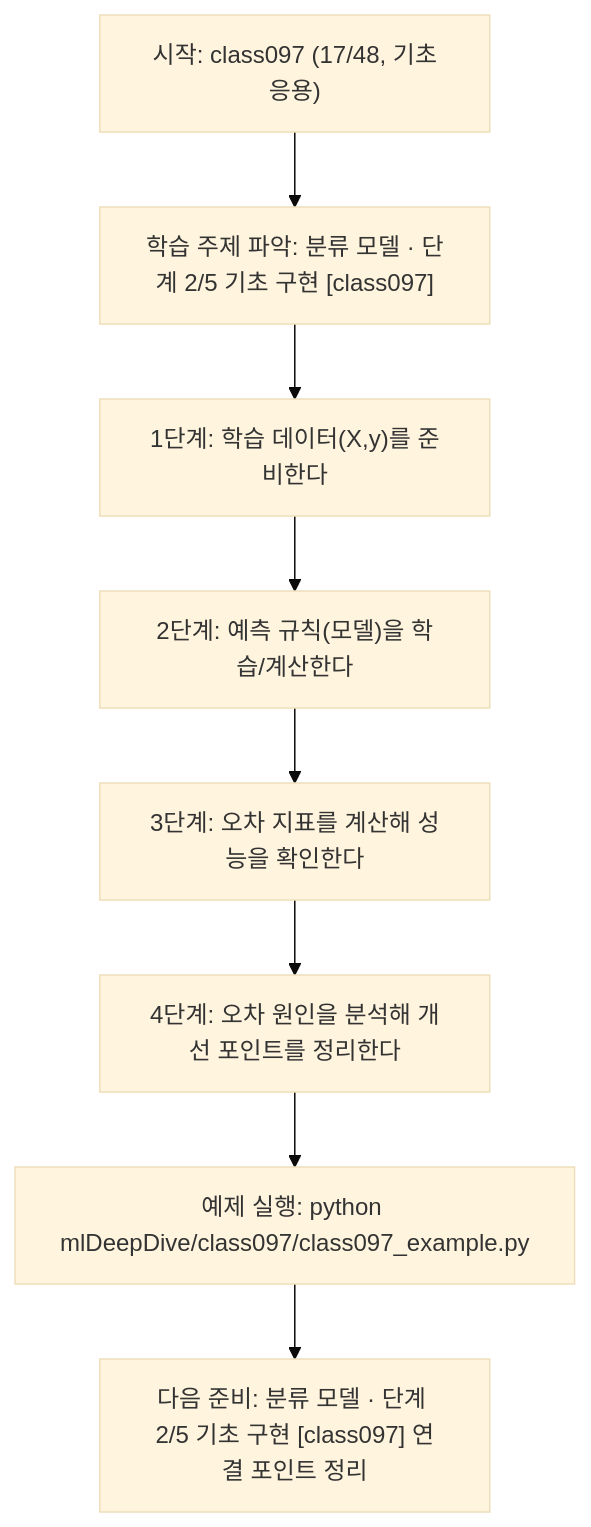
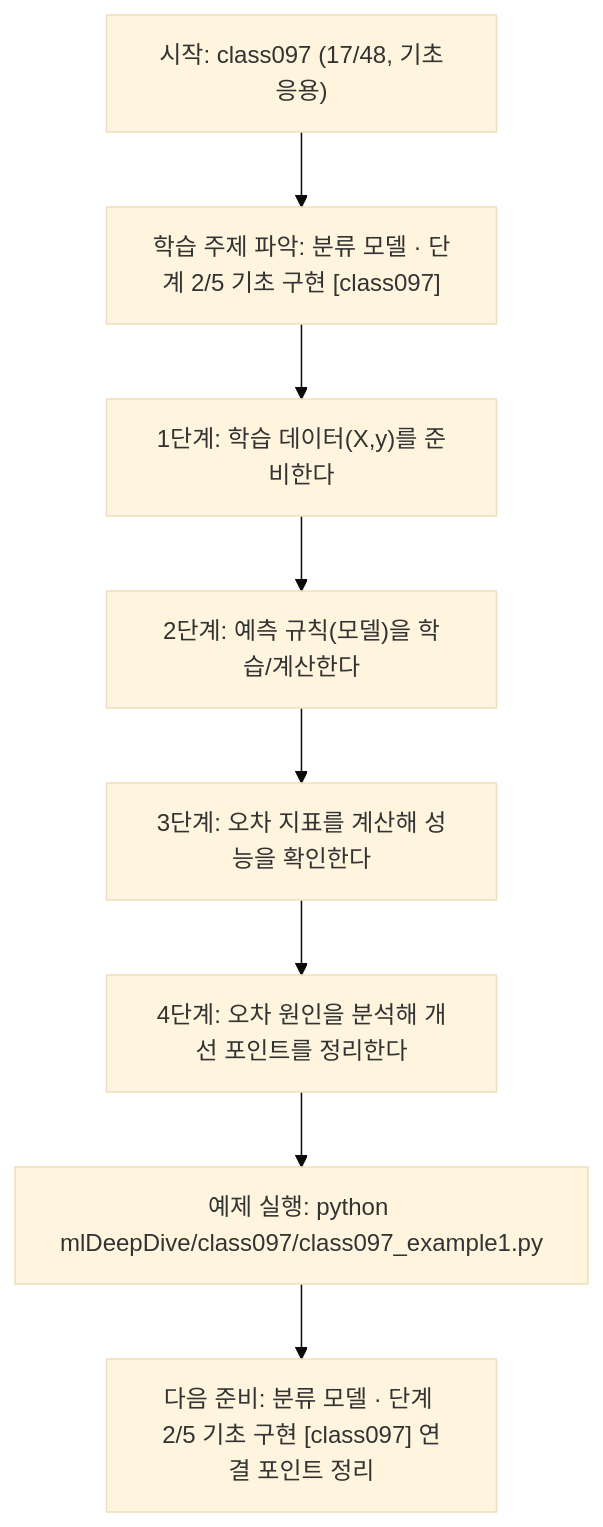
Before and after one commit to edumgt/Python-AI_Agent-Class: the diagram in mlDeepDive/class097/class097.md, drawn with Mermaid (base theme). The commit also changed other lines of this file and 2959 other files, not shown here.

````diff
--- a/mlDeepDive/class097/class097.md
+++ b/mlDeepDive/class097/class097.md
@@ -109,18 +109,18 @@
 ```mermaid
 flowchart TD
 N1["시작: class097 (17/48, 기초응용)"]
 N2["학습 주제 파악: 분류 모델 · 단계 2/5 기초 구현 [class097]"]
 N3["1단계: 학습 데이터(X,y)를 준비한다"]
 N4["2단계: 예측 규칙(모델)을 학습/계산한다"]
 N5["3단계: 오차 지표를 계산해 성능을 확인한다"]
 N6["4단계: 오차 원인을 분석해 개선 포인트를 정리한다"]
-N7["예제 실행: python mlDeepDive/class097/class097_example.py"]
+N7["예제 실행: python mlDeepDive/class097/class097_example1.py"]
 N8["다음 준비: 분류 모델 · 단계 2/5 기초 구현 [class097] 연결 포인트 정리"]
 N1 --> N2
 N2 --> N3
 N3 --> N4
 N4 --> N5
 N5 --> N6
 N6 --> N7
 N7 --> N8
 ```
````
